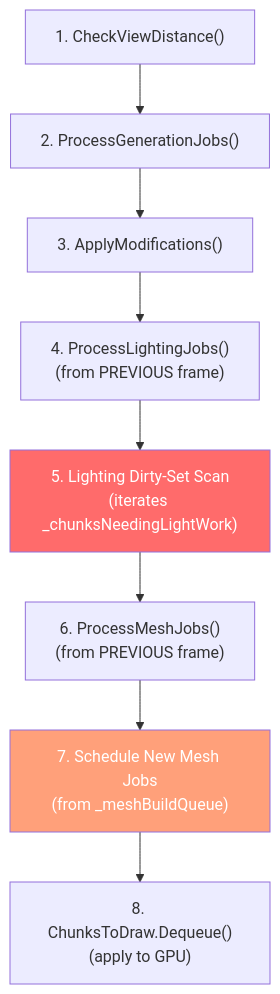
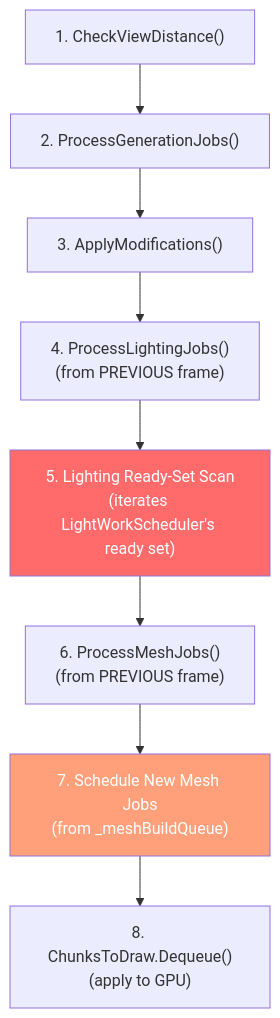
The second of 8 diagrams in Documentation/Architecture/CHUNK_LIFECYCLE_PIPELINE.md (A-Van-Gestel/Unity-Minecraft_Clone), drawn with Mermaid before and after one commit. The commit also changed other lines of this file and 4 other files, not shown here.

Commit message:
Perf: Light scan visits only gate-ready chunks -> park blocked chunks + promote on unblock events (gen/load/light-job completion) + 1s fail-safe PromoteAll backstop + doc sync [MT-2]

````diff
--- a/Documentation/Architecture/CHUNK_LIFECYCLE_PIPELINE.md
+++ b/Documentation/Architecture/CHUNK_LIFECYCLE_PIPELINE.md
@@ -134,12 +134,12 @@
 ```mermaid
 flowchart TD
     A["1. CheckViewDistance()"] --> B["2. ProcessGenerationJobs()"]
     B --> C["3. ApplyModifications()"]
     C --> D["4. ProcessLightingJobs()<br/>(from PREVIOUS frame)"]
-    D --> E["5. Lighting Dirty-Set Scan<br/>(iterates _chunksNeedingLightWork)"]
+    D --> E["5. Lighting Ready-Set Scan<br/>(iterates LightWorkScheduler's ready set)"]
     E --> F["6. ProcessMeshJobs()<br/>(from PREVIOUS frame)"]
     F --> G["7. Schedule New Mesh Jobs<br/>(from _meshBuildQueue)"]
     G --> H["8. ChunksToDraw.Dequeue()<br/>(apply to GPU)"]
     style E fill: #ff6b6b, color: #fff
     style G fill: #ffa07a, color: #fff
 ```
````
